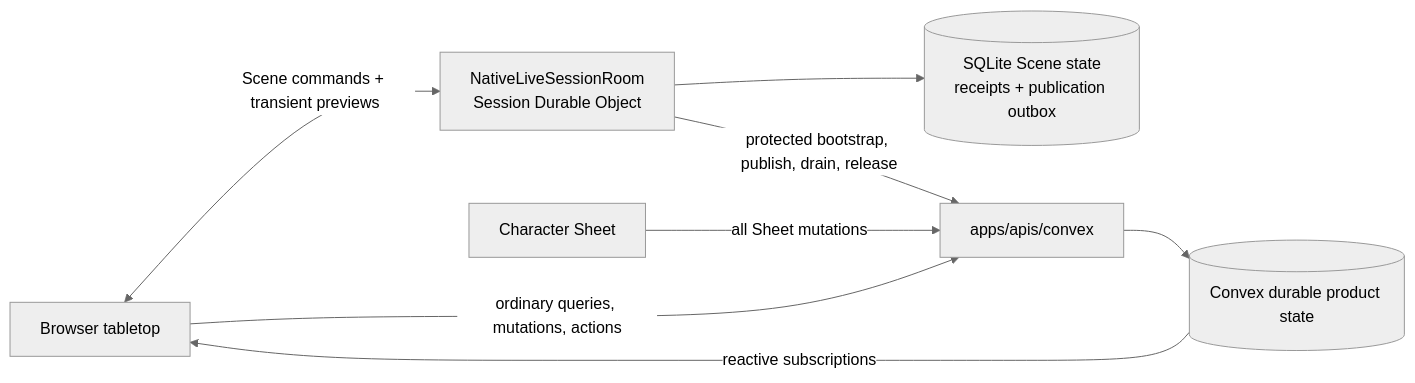
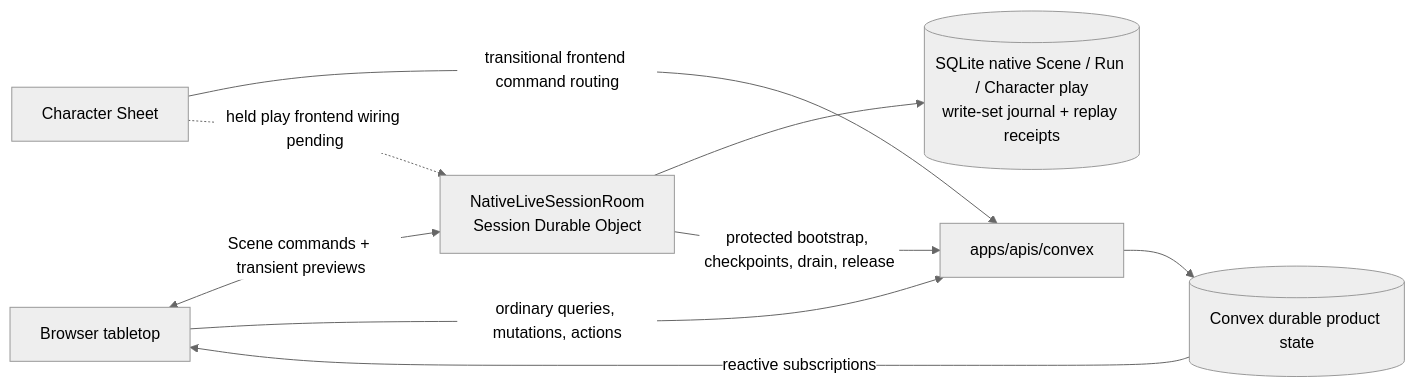
One commit to MPiland/artificer-toolkit changed the first of 3 diagrams in docs/architecture/live-sessions.md. Above: the diagram before and after it, drawn with Mermaid (neutral theme). The commit also changed other lines of this file and 699 other files, not shown here.

````diff
--- a/docs/architecture/live-sessions.md
+++ b/docs/architecture/live-sessions.md
@@ -735,10 +777,11 @@
 ```mermaid
 flowchart LR
   Browser["Browser tabletop"] <-->|Scene commands + transient previews| Room["NativeLiveSessionRoom<br/>Session Durable Object"]
-  Sheet["Character Sheet"] -->|all Sheet mutations| Api["apps/apis/convex"]
-  Room --> Sqlite[("SQLite Scene state<br/>receipts + publication outbox")]
-  Room -->|protected bootstrap, publish, drain, release| Api["apps/apis/convex"]
+  Sheet["Character Sheet"] -->|transitional frontend command routing| Api["apps/apis/convex"]
+  Sheet -.->|held play frontend wiring pending| Room
+  Room --> Sqlite[("SQLite native Scene / Run / Character play<br/>write-set journal + replay receipts")]
+  Room -->|protected bootstrap, checkpoints, drain, release| Api["apps/apis/convex"]
   Browser -->|ordinary queries, mutations, actions| Api
   Api --> State[("Convex durable product state")]
   State -->|reactive subscriptions| Browser
 ```
````
